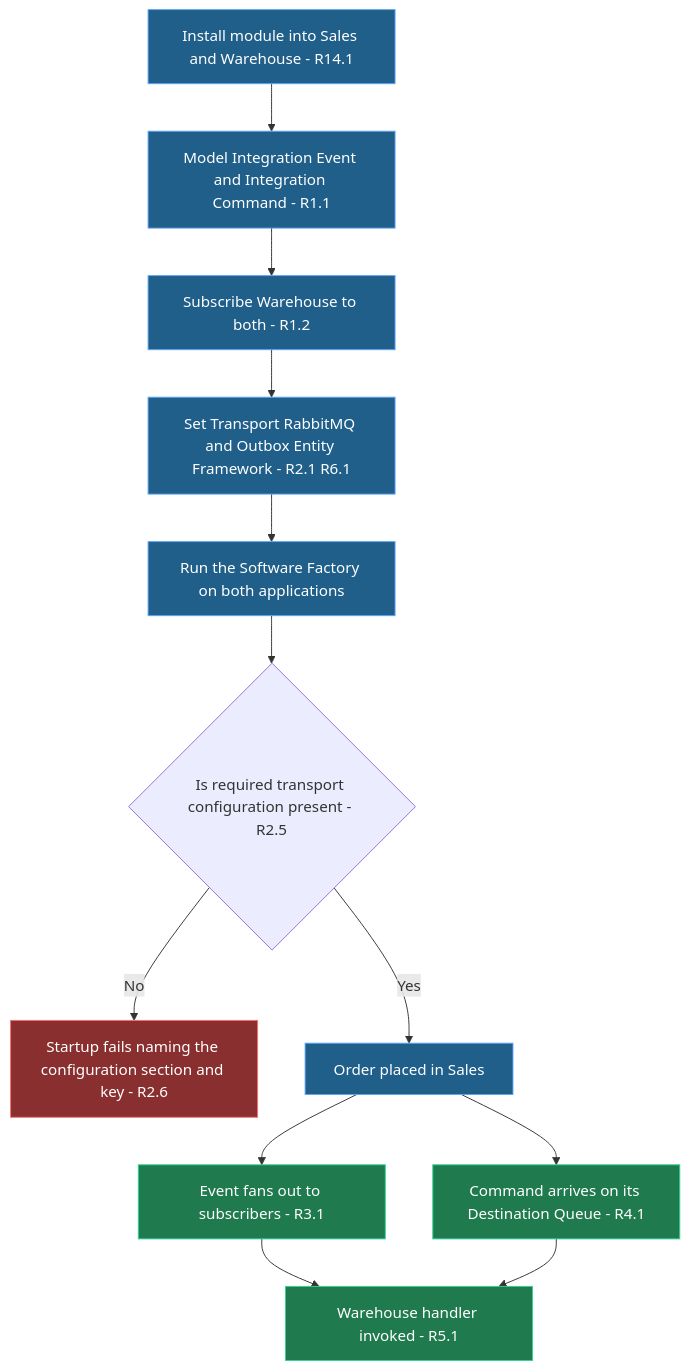
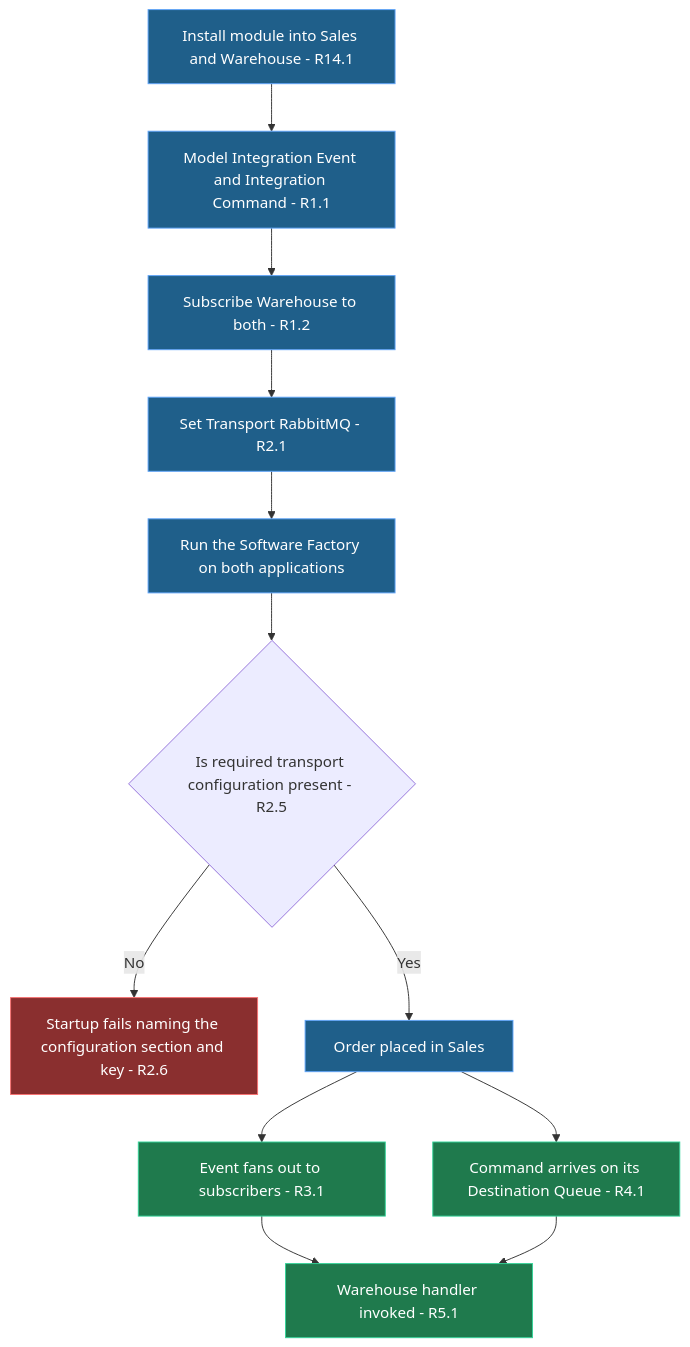
One commit to IntentArchitect/Intent.Modules.NET changed the second of 6 diagrams in intent/.specs/wolverine-eventing-module/requirements.mdx. Above: the diagram before and after it, drawn with Mermaid. The commit also changed other lines of this file and 2 other files, not shown here.

````diff
--- a/intent/.specs/wolverine-eventing-module/requirements.mdx
+++ b/intent/.specs/wolverine-eventing-module/requirements.mdx
@@ -57,17 +58,17 @@
 ```mermaid
 flowchart TD
   classDef action fill:#1f5f8a,stroke:#60a5fa,color:#ffffff
   classDef win fill:#1f7a4d,stroke:#34d399,color:#ffffff
   classDef bad fill:#8a2f2f,stroke:#f87171,color:#ffffff
   A[Install module into Sales and Warehouse - R14.1]:::action --> B[Model Integration Event and Integration Command - R1.1]:::action
   B --> C[Subscribe Warehouse to both - R1.2]:::action
-  C --> D[Set Transport RabbitMQ and Outbox Entity Framework - R2.1 R6.1]:::action
+  C --> D[Set Transport RabbitMQ - R2.1]:::action
   D --> E[Run the Software Factory on both applications]:::action
   E --> F{Is required transport configuration present - R2.5}
   F -->|No| X[Startup fails naming the configuration section and key - R2.6]:::bad
   F -->|Yes| G[Order placed in Sales]:::action
   G --> H[Event fans out to subscribers - R3.1]:::win
   G --> I[Command arrives on its Destination Queue - R4.1]:::win
   H --> J[Warehouse handler invoked - R5.1]:::win
   I --> J
 ```
````
